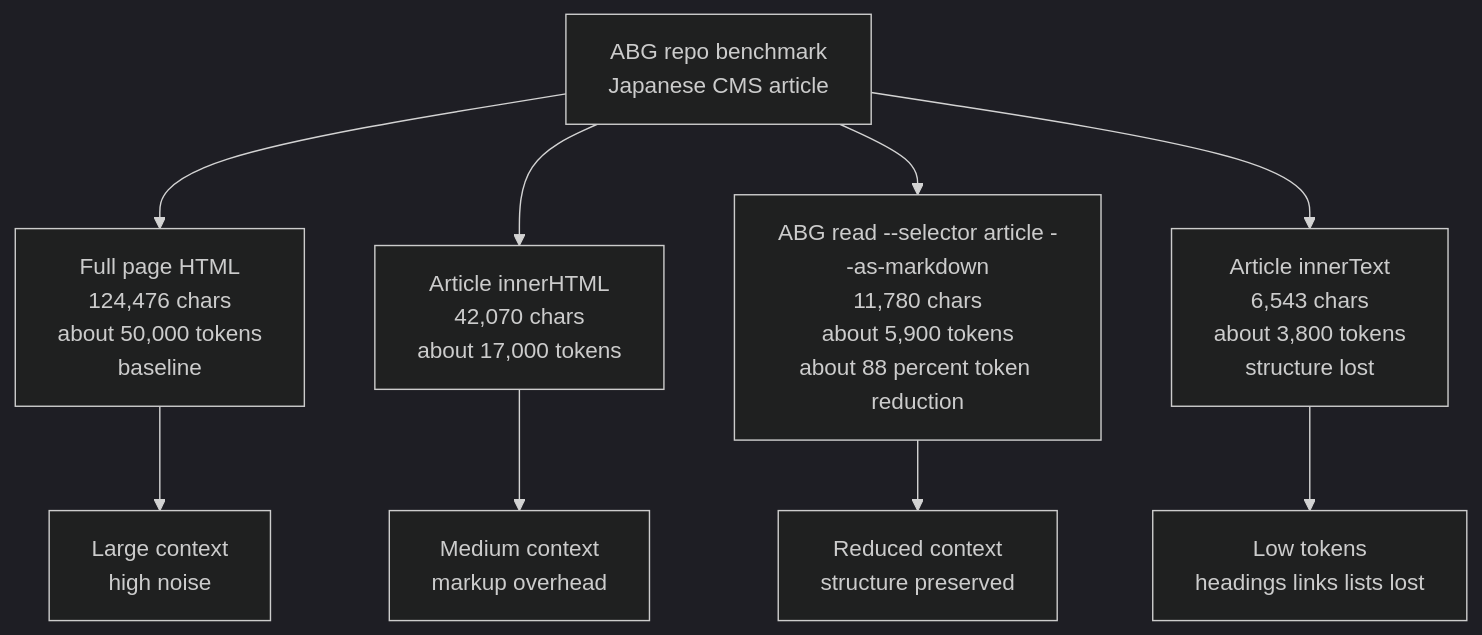
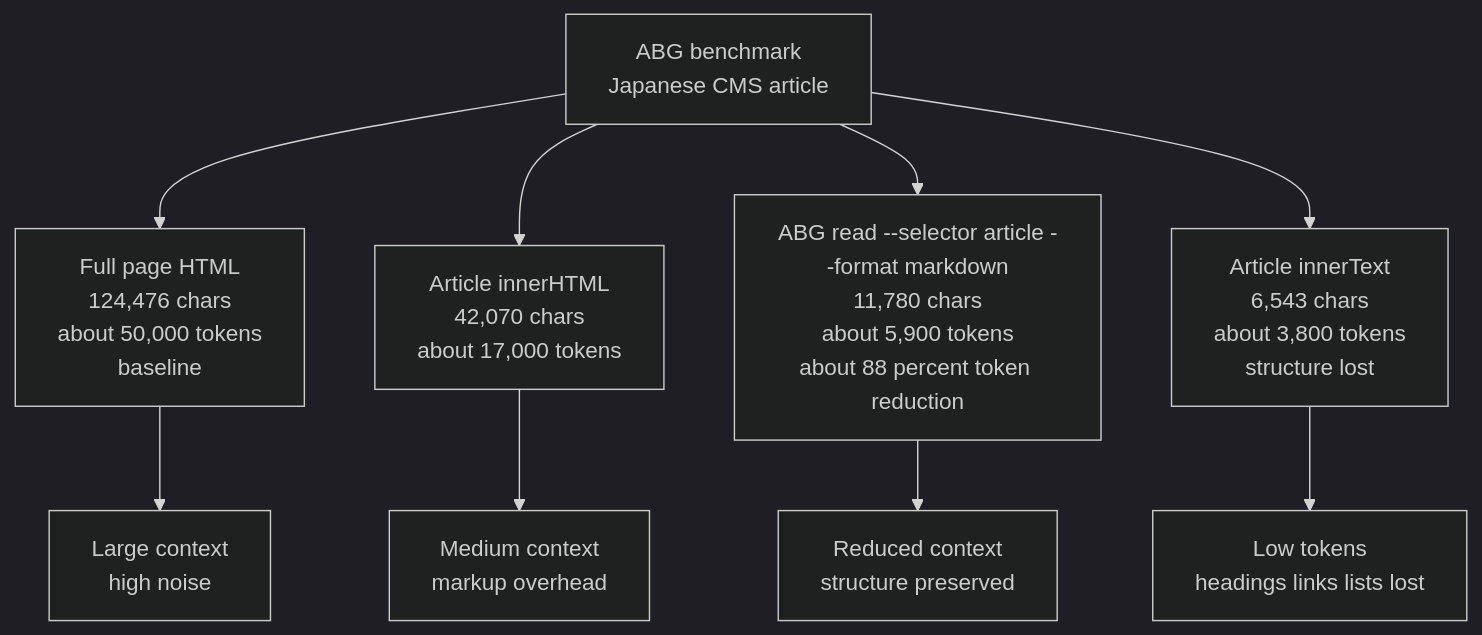
One commit to arcmanagement/agent-browser-gateway changed the diagram in legal/patent/figures/fig-7-token-economy.mmd. Above: the diagram before and after it, drawn with Mermaid (dark theme). The commit also changed 7 other files, not shown here.

```diff
--- a/legal/patent/figures/fig-7-token-economy.mmd
+++ b/legal/patent/figures/fig-7-token-economy.mmd
@@ -1,17 +1,17 @@
 flowchart TB
-  A["ABG repo benchmark\nJapanese CMS article"]
+  A["ABG benchmark\nJapanese CMS article"]
 
   P1["Full page HTML\n124,476 chars\nabout 50,000 tokens\nbaseline"]
   P2["Article innerHTML\n42,070 chars\nabout 17,000 tokens"]
-  B1["ABG read --selector article --as-markdown\n11,780 chars\nabout 5,900 tokens\nabout 88 percent token reduction"]
+  B1["ABG read --selector article --format markdown\n11,780 chars\nabout 5,900 tokens\nabout 88 percent token reduction"]
   P3["Article innerText\n6,543 chars\nabout 3,800 tokens\nstructure lost"]
 
   A --> P1
   A --> P2
   A --> B1
   A --> P3
 
   P1 --> C1["Large context\nhigh noise"]
   P2 --> C2["Medium context\nmarkup overhead"]
   B1 --> C3["Reduced context\nstructure preserved"]
   P3 --> C4["Low tokens\nheadings links lists lost"]
```
